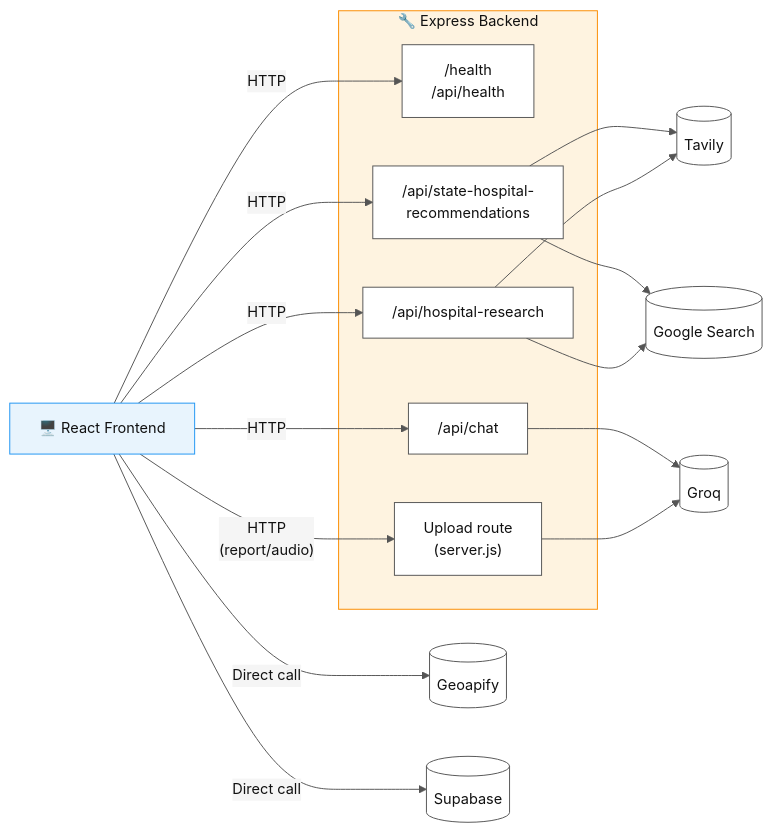
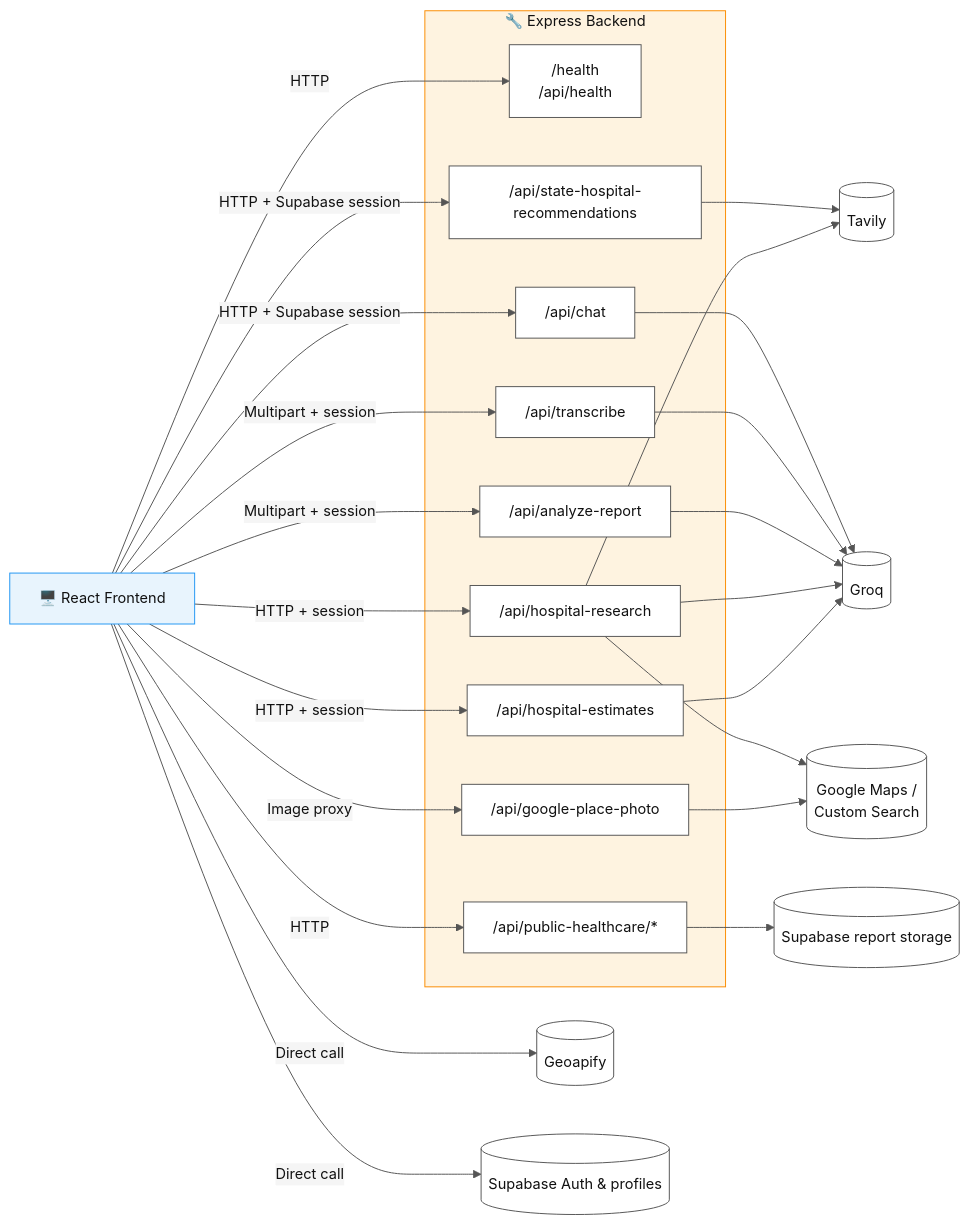
Before and after one commit to vanshkatnor1505/BuiltTechies: the first of 4 diagrams in PROJECT INFORMATION/API-REFERENCE.md, drawn with Mermaid. The commit also changed other lines of this file, not shown here.

Commit message:
feat: enhance API documentation with detailed endpoint descriptions and authentication requirements

````diff
--- a/PROJECT INFORMATION/API-REFERENCE.md
+++ b/PROJECT INFORMATION/API-REFERENCE.md
@@ -19,37 +19,50 @@
 ```mermaid
 %%{init: {'theme':'base', 'themeVariables': {'primaryColor':'#ffffff','primaryTextColor':'#111111','primaryBorderColor':'#555555','lineColor':'#555555','secondaryColor':'#f5f5f5','tertiaryColor':'#ffffff','fontSize':'15px','darkMode':false,'background':'#ffffff'}}}%%
 flowchart LR
     FE["🖥️ React Frontend"]
 
     subgraph BE["🔧 Express Backend"]
         H["/health\n/api/health"]
-        REC["/api/state-hospital-\nrecommendations"]
+        REC["/api/state-hospital-recommendations"]
         CHAT["/api/chat"]
-        UP["Upload route\n(server.js)"]
+        TRANS["/api/transcribe"]
+        REPORT["/api/analyze-report"]
         RSCH["/api/hospital-research"]
+        EST["/api/hospital-estimates"]
+        PUB["/api/public-healthcare/*"]
+        PHOTO["/api/google-place-photo"]
     end
 
     GEO[("Geoapify")]
     GRQ[("Groq")]
     TAV[("Tavily")]
-    GS[("Google Search")]
-    SB[("Supabase")]
+    GOOGLE[("Google Maps /\nCustom Search")]
+    SB[("Supabase Auth & profiles")]
+    DB[("Supabase report storage")]
 
     FE -->|"Direct call"| GEO
     FE -->|"Direct call"| SB
     FE -->|"HTTP"| H
-    FE -->|"HTTP"| REC
-    FE -->|"HTTP"| CHAT
-    FE -->|"HTTP\n(report/audio)"| UP
-    FE -->|"HTTP"| RSCH
+    FE -->|"HTTP + Supabase session"| REC
+    FE -->|"HTTP + Supabase session"| CHAT
+    FE -->|"Multipart + session"| TRANS
+    FE -->|"Multipart + session"| REPORT
+    FE -->|"HTTP + session"| RSCH
+    FE -->|"HTTP + session"| EST
+    FE -->|"HTTP"| PUB
+    FE -->|"Image proxy"| PHOTO
 
     REC --> TAV
-    REC --> GS
     CHAT --> GRQ
-    UP --> GRQ
+    TRANS --> GRQ
+    REPORT --> GRQ
     RSCH --> TAV
-    RSCH --> GS
+    RSCH --> GRQ
+    RSCH --> GOOGLE
+    EST --> GRQ
+    PHOTO --> GOOGLE
+    PUB --> DB
 
     style FE fill:#e8f4fd,stroke:#2196F3,color:#111111
     style BE fill:#fef3e0,stroke:#FB8C00,color:#111111
 ```
````
